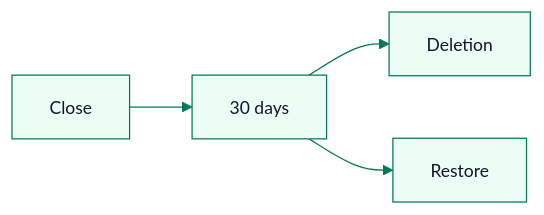
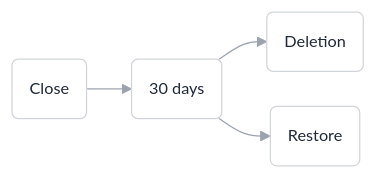
One commit to BharathVasireddy/marro-docs changed the diagram in guides/organisation-closure.mdx. Above: the diagram before and after it, drawn with Mermaid. The commit also changed other lines of this file and 95 other files, not shown here.

First line of the commit message:
One guide per settings screen, in the Settings menu's order, with diagrams only where they are needed

````diff
--- a/guides/organisation-closure.mdx
+++ b/guides/organisation-closure.mdx
@@ -8,6 +8,6 @@
 ```mermaid
-%%{init: {'theme':'base','themeVariables':{'primaryColor':'#ecfdf5','primaryBorderColor':'#047857','primaryTextColor':'#0f172a','lineColor':'#047857','fontSize':'14px'}}}%%
+%%{init: {'theme':'base','flowchart':{'curve':'basis','padding':14,'nodeSpacing':28,'rankSpacing':36},'themeVariables':{'primaryColor':'#ffffff','primaryBorderColor':'#d1d5db','primaryTextColor':'#1f2937','lineColor':'#9ca3af','fontFamily':'Inter, ui-sans-serif, sans-serif','fontSize':'13px','edgeLabelBackground':'#ffffff'}}}%%
 flowchart LR
-  A[Close] --> B[30 days] --> C[Deletion]
-  B --> D[Restore]
+  A(Close) --> B(30 days) --> C(Deletion)
+  B --> D(Restore)
 ```
````
